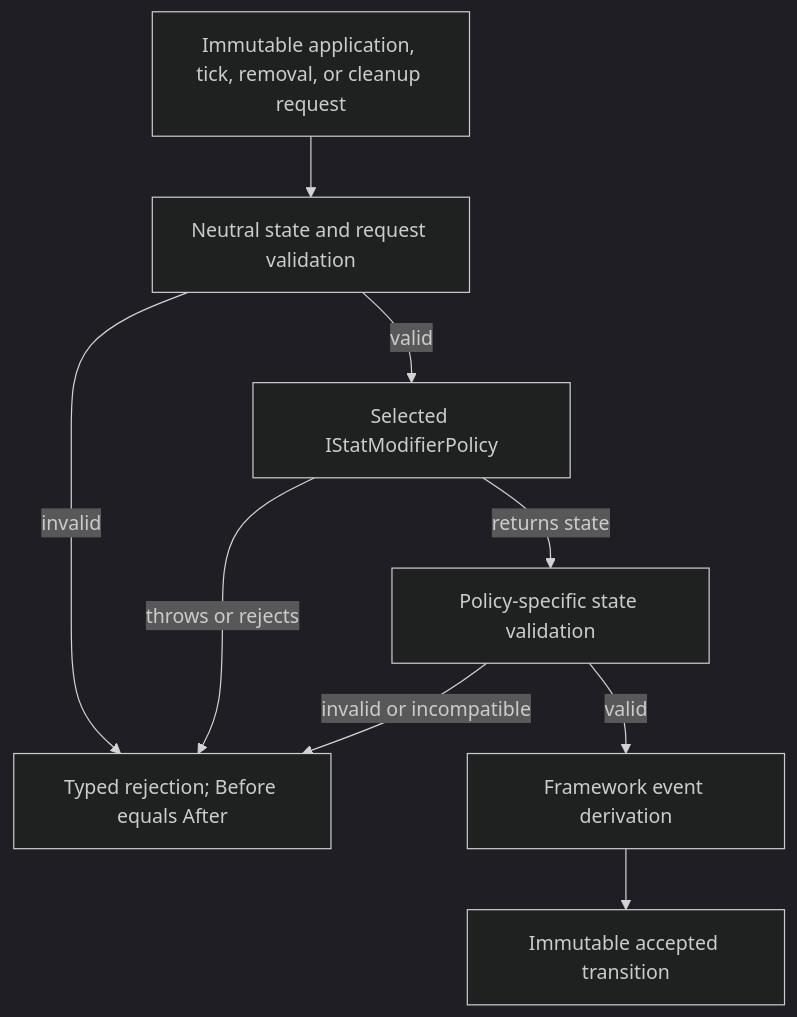
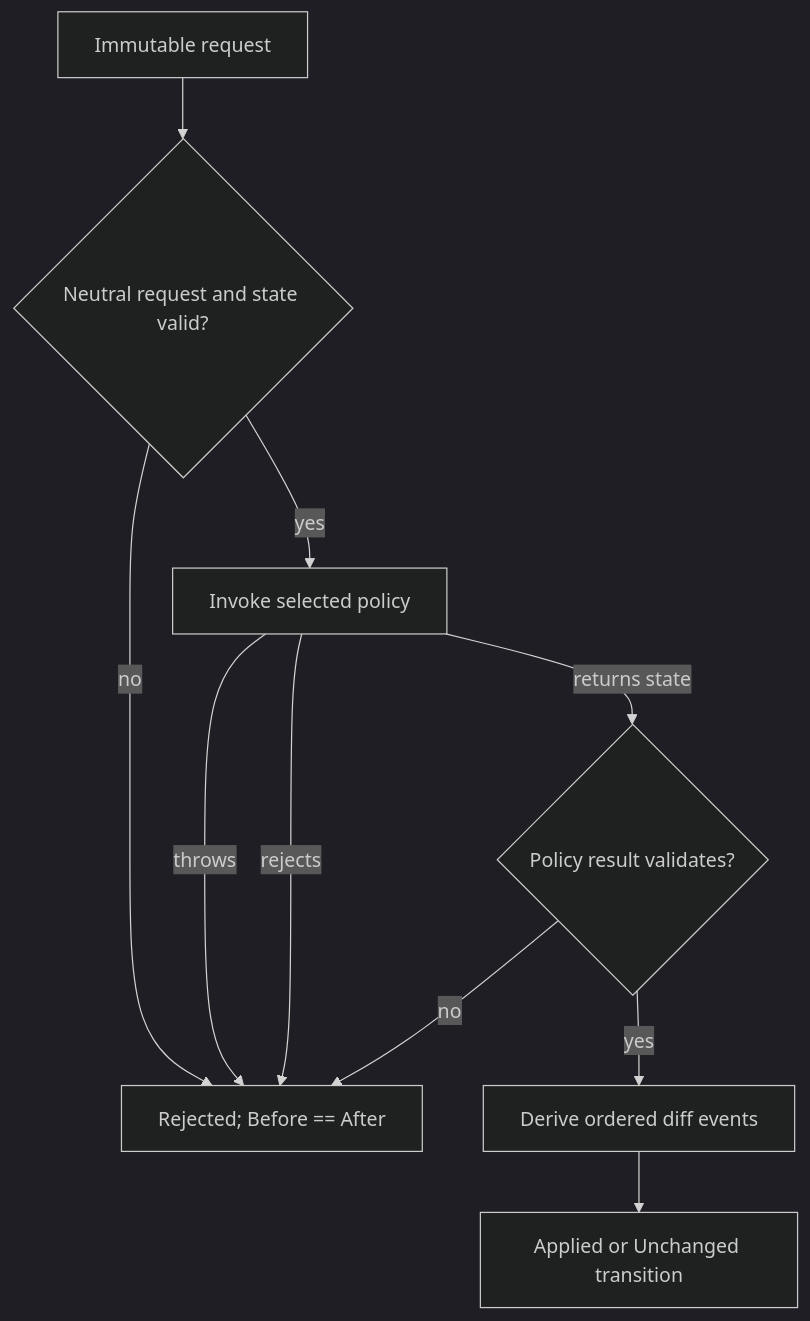
One commit to KayelC/Convergence changed the second of 6 diagrams in docs/technical/stat-modifier-policy-runtime.md. Above: the diagram before and after it, drawn with Mermaid (dark theme). The commit also changed other lines of this file and 12 other files, not shown here.

````diff
--- a/docs/technical/stat-modifier-policy-runtime.md
+++ b/docs/technical/stat-modifier-policy-runtime.md
@@ -34,19 +84,12 @@
 ```mermaid
 flowchart TD
-    Request["Immutable application, tick, removal, or cleanup request"]
-    Neutral["Neutral state and request validation"]
-    Policy["Selected IStatModifierPolicy"]
-    PolicyState["Policy-specific state validation"]
-    Diff["Framework event derivation"]
-    Accept["Immutable accepted transition"]
-    Reject["Typed rejection; Before equals After"]
-
-    Request --> Neutral
-    Neutral -->|invalid| Reject
-    Neutral -->|valid| Policy
-    Policy -->|throws or rejects| Reject
-    Policy -->|returns state| PolicyState
-    PolicyState -->|invalid or incompatible| Reject
-    PolicyState -->|valid| Diff
-    Diff --> Accept
+    Q["Immutable request"] --> N{"Neutral request and state valid?"}
+    N -->|"no"| R["Rejected; Before == After"]
+    N -->|"yes"| P["Invoke selected policy"]
+    P -->|"throws"| R
+    P -->|"rejects"| R
+    P -->|"returns state"| V{"Policy result validates?"}
+    V -->|"no"| R
+    V -->|"yes"| D["Derive ordered diff events"]
+    D --> T["Applied or Unchanged transition"]
 ```
````
